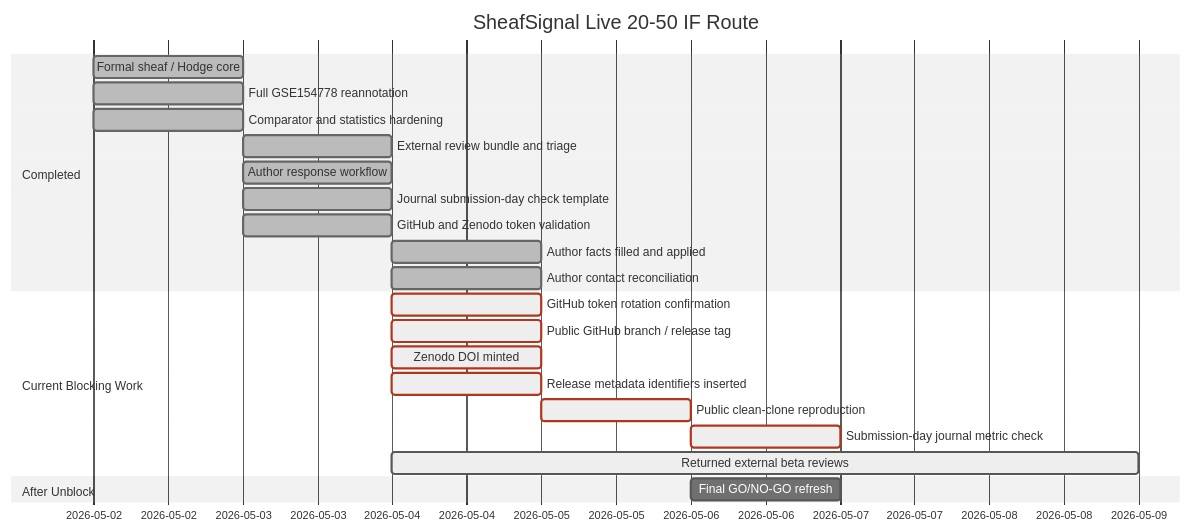
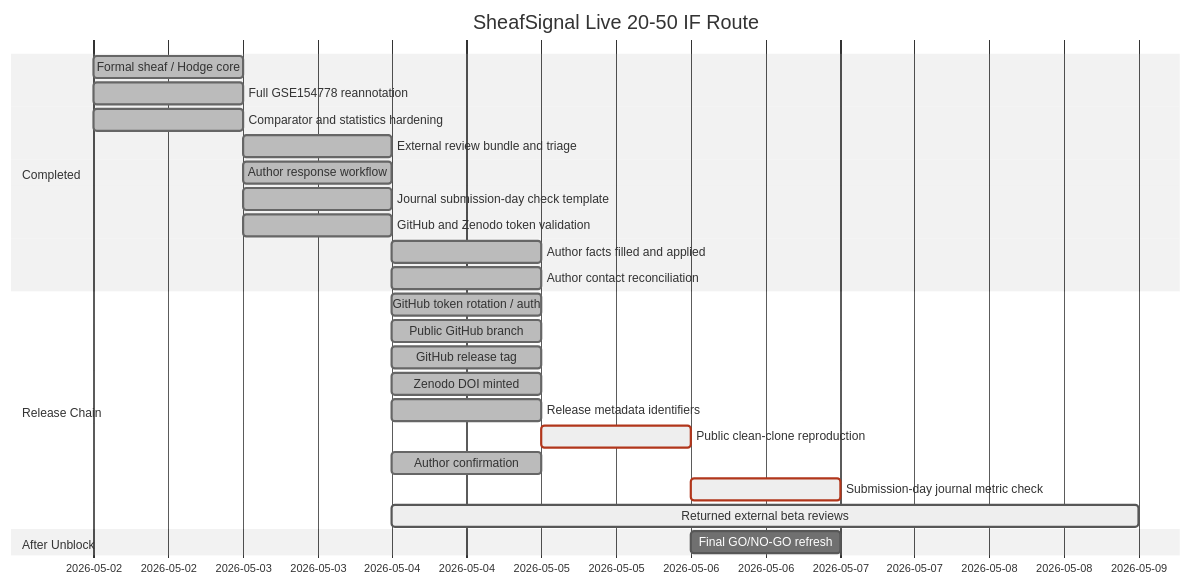
The diagram in manuscript/SHEAFSIGNAL_LIVE_GANTT_STATUS.md (healthgreat/SheafSignal), drawn with Mermaid (neutral theme) before and after one commit. The commit also changed other lines of this file and 54 other files, not shown here.

Commit message:
Finalize public release identifiers

````diff
--- a/manuscript/SHEAFSIGNAL_LIVE_GANTT_STATUS.md
+++ b/manuscript/SHEAFSIGNAL_LIVE_GANTT_STATUS.md
@@ -12,28 +12,30 @@
 ```mermaid
 gantt
     title SheafSignal Live 20-50 IF Route
     dateFormat  YYYY-MM-DD
 
     section Completed
     Formal sheaf / Hodge core                 :done, 2026-05-02, 1d
     Full GSE154778 reannotation               :done, 2026-05-02, 1d
     Comparator and statistics hardening       :done, 2026-05-02, 1d
     External review bundle and triage         :done, 2026-05-03, 1d
     Author response workflow                  :done, 2026-05-03, 1d
     Journal submission-day check template     :done, 2026-05-03, 1d
     GitHub and Zenodo token validation        :done, 2026-05-03, 1d
     Author facts filled and applied           :done, 2026-05-04, 1d
     Author contact reconciliation             :done, 2026-05-04, 1d
 
-    section Current Blocking Work
-    GitHub token rotation confirmation        :crit, active, 2026-05-04, 1d
-    Public GitHub branch / release tag        :crit, active, 2026-05-04, 1d
-    Zenodo DOI minted                         :crit, active, 2026-05-04, 1d
-    Release metadata identifiers inserted     :crit, active, 2026-05-04, 1d
-    Public clean-clone reproduction           :crit, active, 2026-05-05, 1d
+    section Release Chain
+    GitHub token rotation / auth               :done, 2026-05-04, 1d
+    Public GitHub branch                       :done, 2026-05-04, 1d
+    GitHub release tag                         :done, 2026-05-04, 1d
+    Zenodo DOI minted                          :done, 2026-05-04, 1d
+    Release metadata identifiers               :done, 2026-05-04, 1d
+    Public clean-clone reproduction            :crit, active, 2026-05-05, 1d
+    Author confirmation                        :done, 2026-05-04, 1d
     Submission-day journal metric check       :crit, active, 2026-05-06, 1d
     Returned external beta reviews            :active, 2026-05-04, 5d
 
     section After Unblock
     Final GO/NO-GO refresh                    :2026-05-06, 1d
 ```
````
